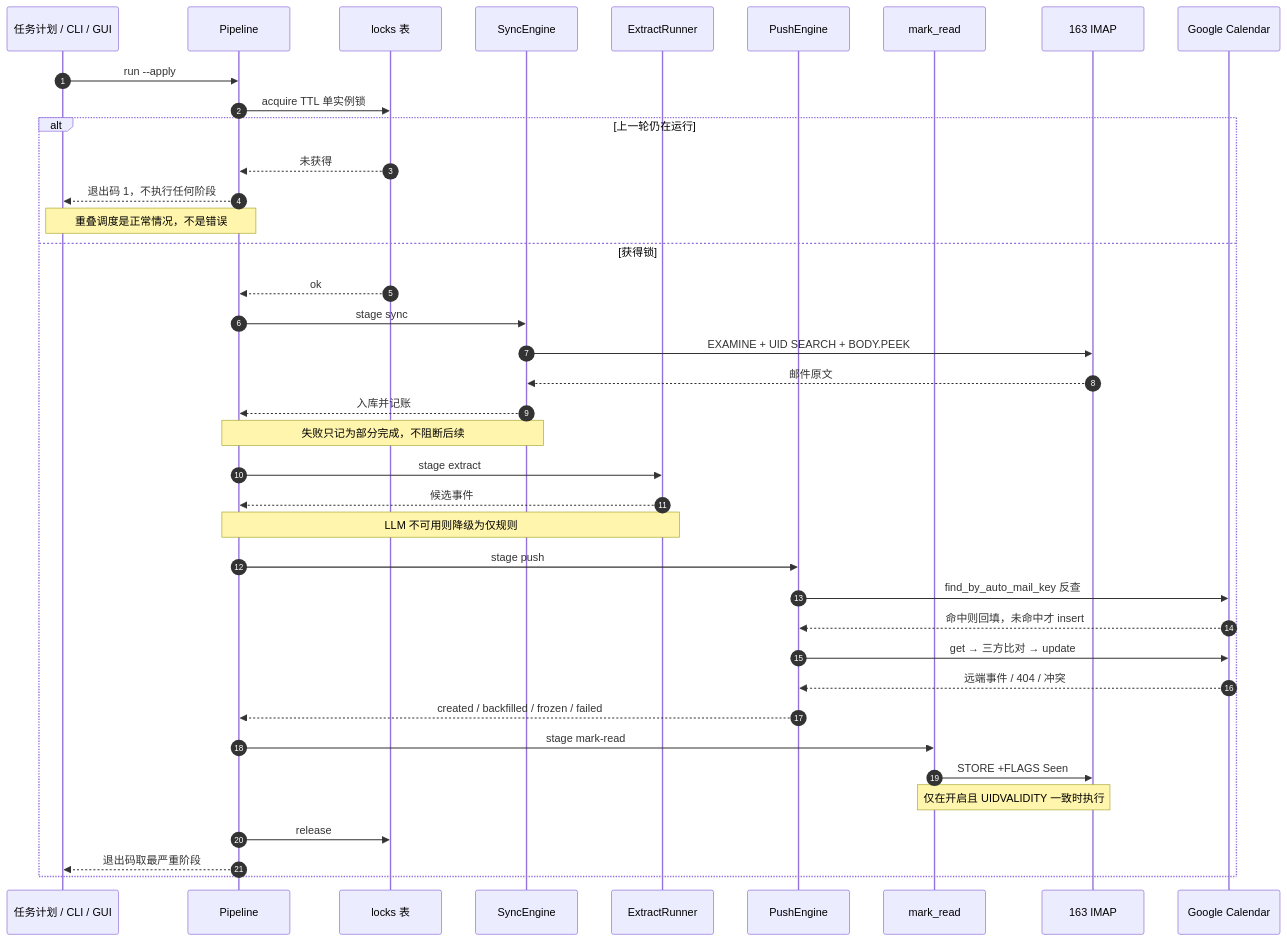
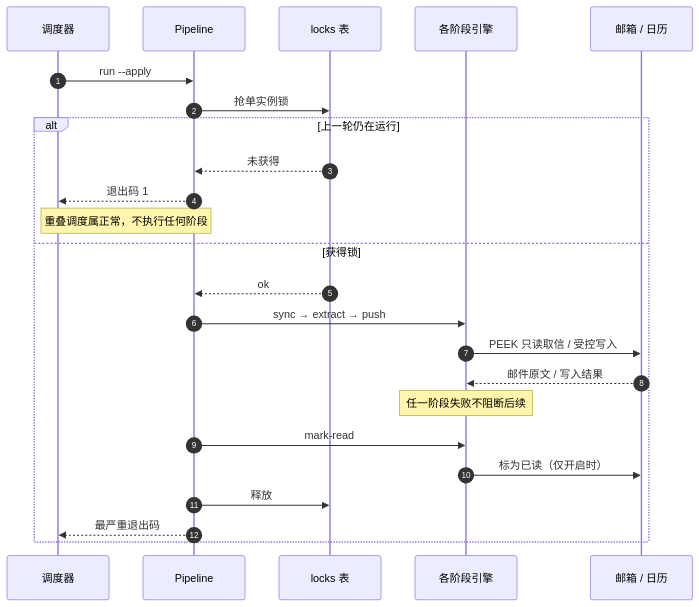
The sixth of 7 diagrams in README.md (GoingFall/auto-mail), drawn with Mermaid before and after one commit. The commit also changed other lines of this file, not shown here.

First line of the commit message:
README: 按 mermaid-readability 规则重做全部图表

````diff
--- a/README.md
+++ b/README.md
@@ -295,47 +346,27 @@
 ```mermaid
 sequenceDiagram
     autonumber
-    participant T as 任务计划 / CLI / GUI
+    participant T as 调度器
     participant P as Pipeline
     participant L as locks 表
-    participant S as SyncEngine
-    participant E as ExtractRunner
-    participant U as PushEngine
-    participant R as mark_read
-    participant M as 163 IMAP
-    participant G as Google Calendar
+    participant W as 各阶段引擎
+    participant X as 邮箱 / 日历
 
     T->>P: run --apply
-    P->>L: acquire TTL 单实例锁
-
+    P->>L: 抢单实例锁
     alt 上一轮仍在运行
         L-->>P: 未获得
-        P-->>T: 退出码 1，不执行任何阶段
-        Note over P,T: 重叠调度是正常情况，不是错误
+        P-->>T: 退出码 1
+        Note over P,T: 重叠调度属正常，不执行任何阶段
     else 获得锁
         L-->>P: ok
-        P->>S: stage sync
-        S->>M: EXAMINE + UID SEARCH + BODY.PEEK
-        M-->>S: 邮件原文
-        S-->>P: 入库并记账
-        Note over S,P: 失败只记为部分完成，不阻断后续
-
-        P->>E: stage extract
-        E-->>P: 候选事件
-        Note over E,P: LLM 不可用则降级为仅规则
-
-        P->>U: stage push
-        U->>G: find_by_auto_mail_key 反查
-        G-->>U: 命中则回填，未命中才 insert
-        U->>G: get → 三方比对 → update
-        G-->>U: 远端事件 / 404 / 冲突
-        U-->>P: created / backfilled / frozen / failed
-
-        P->>R: stage mark-read
-        R->>M: STORE +FLAGS Seen
-        Note over R,M: 仅在开启且 UIDVALIDITY 一致时执行
-
-        P->>L: release
-        P-->>T: 退出码取最严重阶段
+        P->>W: sync → extract → push
+        W->>X: PEEK 只读取信 / 受控写入
+        X-->>W: 邮件原文 / 写入结果
+        Note over W: 任一阶段失败不阻断后续
+        P->>W: mark-read
+        W->>X: 标为已读（仅开启时）
+        P->>L: 释放
+        P-->>T: 最严重退出码
     end
 ```
````
